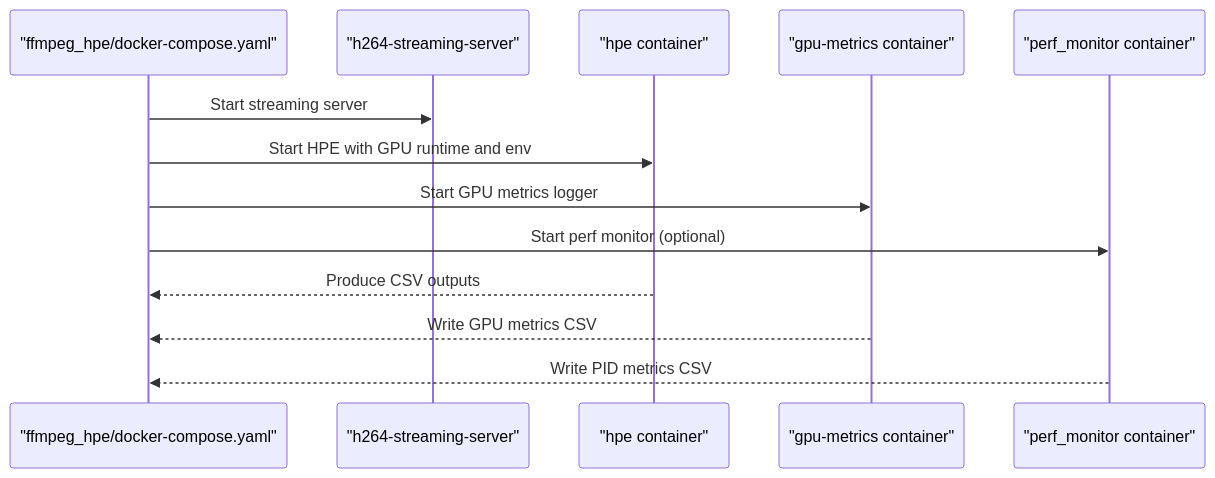
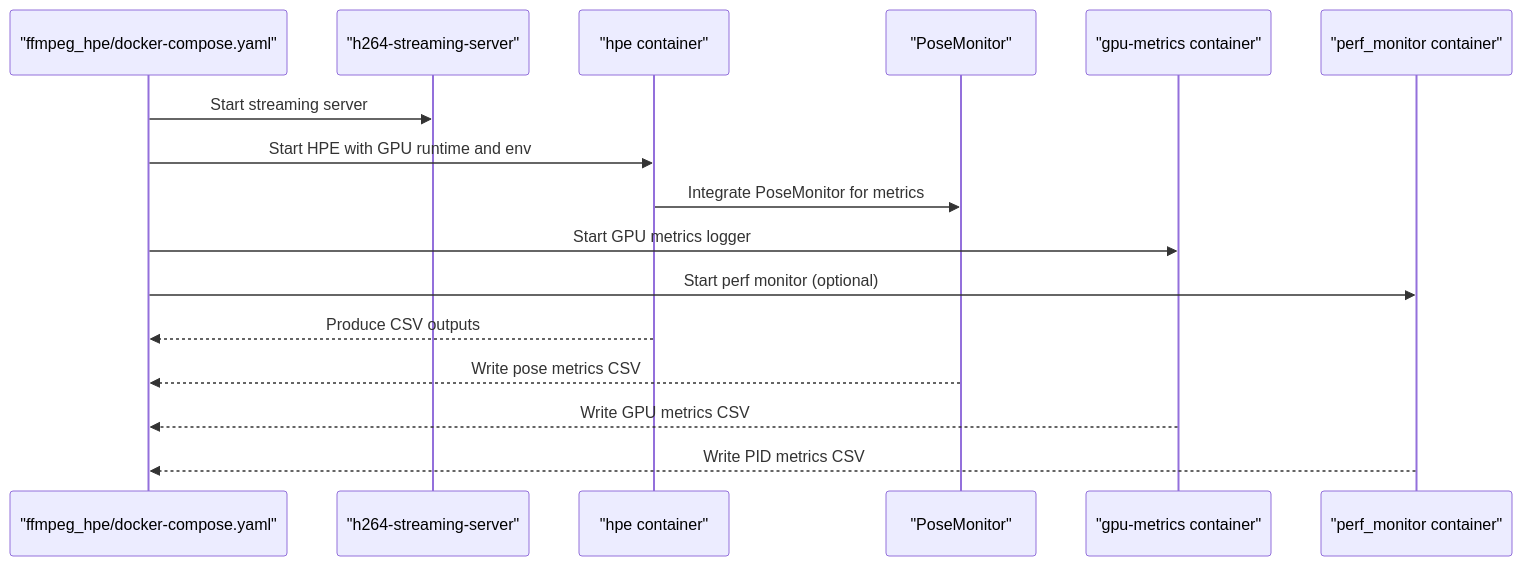
One commit to Fogus-Gr/MeasurementsDTs changed the eighth of 9 diagrams in .qoder/repowiki/en/content/Monitoring and Analytics/Monitoring and Analytics.md. Above: the diagram before and after it, drawn with Mermaid. The commit also changed other lines of this file and 8 other files, not shown here.

````diff
--- a/.qoder/repowiki/en/content/Monitoring and Analytics/Monitoring and Analytics.md
+++ b/.qoder/repowiki/en/content/Monitoring and Analytics/Monitoring and Analytics.md
@@ -233,15 +345,18 @@
 ```mermaid
 sequenceDiagram
 participant DC as "ffmpeg_hpe/docker-compose.yaml"
 participant HS as "h264-streaming-server"
 participant HPE as "hpe container"
+participant PM as "PoseMonitor"
 participant GM as "gpu-metrics container"
-participant PM as "perf_monitor container"
+participant TR as "perf_monitor container"
 DC->>HS : Start streaming server
 DC->>HPE : Start HPE with GPU runtime and env
+HPE->>PM : Integrate PoseMonitor for metrics
 DC->>GM : Start GPU metrics logger
-DC->>PM : Start perf monitor (optional)
+DC->>TR : Start perf monitor (optional)
 HPE-->>DC : Produce CSV outputs
+PM-->>DC : Write pose metrics CSV
 GM-->>DC : Write GPU metrics CSV
-PM-->>DC : Write PID metrics CSV
+TR-->>DC : Write PID metrics CSV
 ```
````
